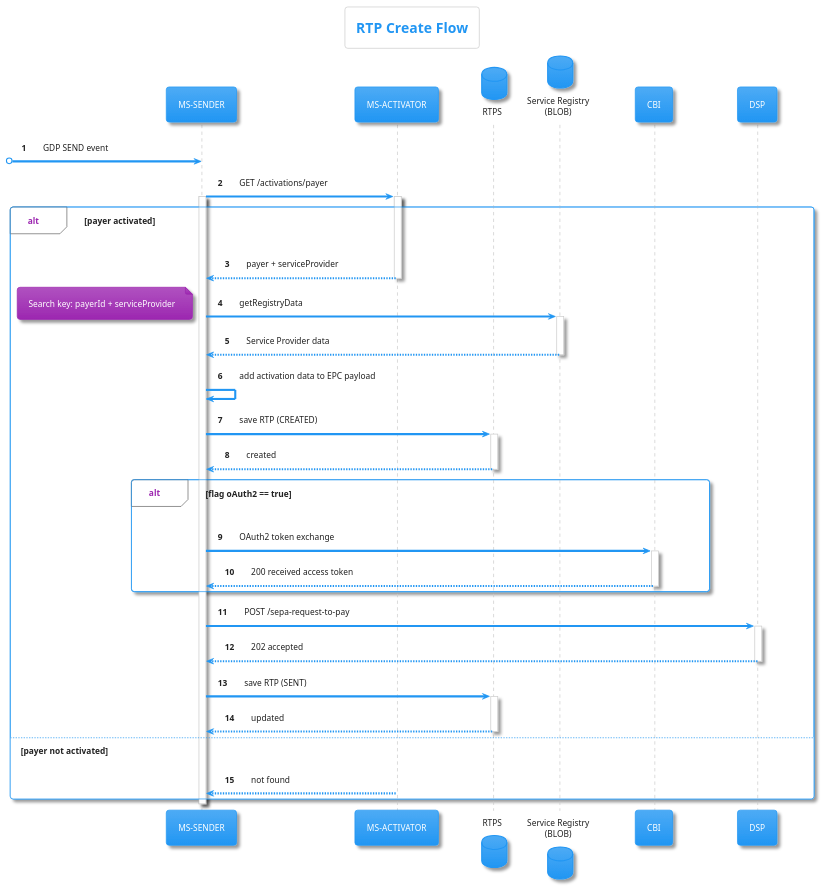
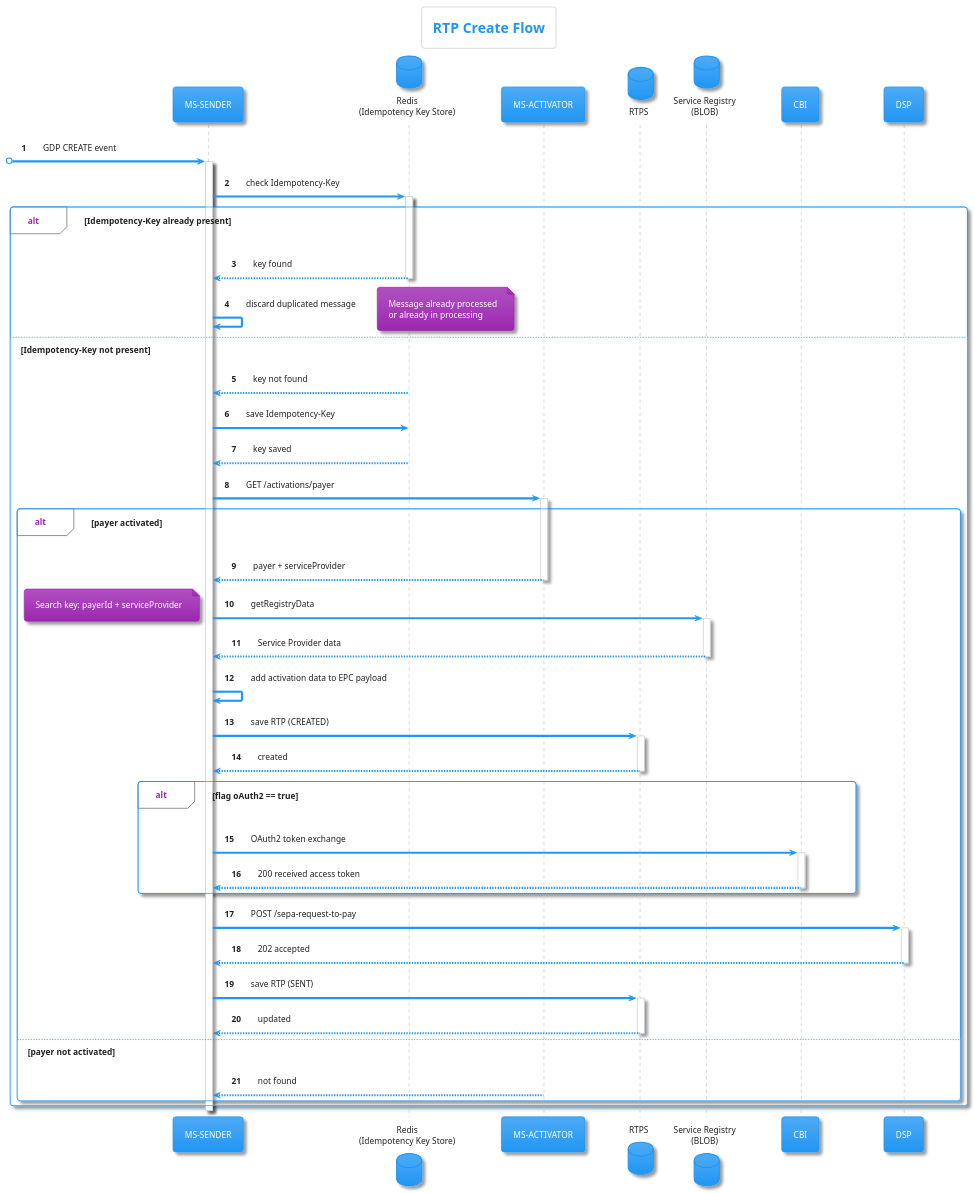
One commit to pagopa/rtp-docs changed the diagram in diagrams/create-rtp.puml. Above: the diagram before and after it, drawn with PlantUML. The commit also changed 1 other file, not shown here.

Commit message:
feat: [SRTP-1566] add redis to create-rtp-puml

```diff
--- a/diagrams/create-rtp.puml
+++ b/diagrams/create-rtp.puml
@@ -1,69 +1,86 @@
 @startuml
 ' PlantUML Diagram for RTP Send API
 ' Title: Detailed RTP Send Sequence Diagram
 ' Version: 2.0.0
 ' Description: This diagram shows the detailed internal process for sending
 '              an RTP after GDP operation validation.
 
 !theme materia
 
 title RTP Create Flow
 
 participant "MS-SENDER" as SENDER
+database "Redis\n(Idempotency Key Store)" as REDIS
 participant "MS-ACTIVATOR" as GR
 database "RTPS" as SRTP
 database "Service Registry\n(BLOB)" as SR
 participant "CBI" as CBI
 participant "DSP" as DSP
 
 autonumber
 
-[o-> SENDER: GDP SEND event
+[o-> SENDER: GDP CREATE event
 
-SENDER -> GR: GET /activations/payer
 activate SENDER
-activate GR
 
-alt payer activated
-    GR --> SENDER: payer + serviceProvider
-    deactivate GR
+SENDER -> REDIS: check Idempotency-Key
+activate REDIS
 
+alt Idempotency-Key already present
+    REDIS --> SENDER: key found
+    deactivate REDIS
+    SENDER -> SENDER: discard duplicated message
+    note right: Message already processed\nor already in processing
 
-    SENDER -> SR: getRegistryData
-    activate SR
-    note left: Search key: payerId + serviceProvider
-    SR --> SENDER: Service Provider data
-    deactivate SR
+else Idempotency-Key not present
+    REDIS --> SENDER: key not found
+    SENDER -> REDIS: save Idempotency-Key
+    REDIS --> SENDER: key saved
+    deactivate REDIS
 
-    SENDER -> SENDER: add activation data to EPC payload
+    SENDER -> GR: GET /activations/payer
+    activate GR
 
-    SENDER -> SRTP: save RTP (CREATED)
-    activate SRTP
-    SRTP --> SENDER: created
-    deactivate SRTP
+    alt payer activated
+        GR --> SENDER: payer + serviceProvider
+        deactivate GR
 
-    alt flag oAuth2 == true
-        SENDER -> CBI: OAuth2 token exchange
-        activate CBI
-        CBI --> SENDER: 200 received access token
-        deactivate CBI
+        SENDER -> SR: getRegistryData
+        activate SR
+        note left: Search key: payerId + serviceProvider
+        SR --> SENDER: Service Provider data
+        deactivate SR
+
+        SENDER -> SENDER: add activation data to EPC payload
+
+        SENDER -> SRTP: save RTP (CREATED)
+        activate SRTP
+        SRTP --> SENDER: created
+        deactivate SRTP
+
+        alt flag oAuth2 == true
+            SENDER -> CBI: OAuth2 token exchange
+            activate CBI
+            CBI --> SENDER: 200 received access token
+            deactivate CBI
+        end
+
+        SENDER -> DSP: POST /sepa-request-to-pay
+        activate DSP
+        DSP --> SENDER: 202 accepted
+        deactivate DSP
+
+        SENDER -> SRTP: save RTP (SENT)
+        activate SRTP
+        SRTP --> SENDER: updated
+        deactivate SRTP
+
+    else payer not activated
+        GR --> SENDER: not found
+        deactivate GR
     end
-
-    SENDER -> DSP: POST /sepa-request-to-pay
-    activate DSP
-    DSP --> SENDER: 202 accepted
-    deactivate DSP
-
-    SENDER -> SRTP: save RTP (SENT)
-    activate SRTP
-    SRTP --> SENDER: updated
-    deactivate SRTP
-
-else payer not activated
-    GR --> SENDER: not found
 end
-
 
 deactivate SENDER
 
 @enduml
```
